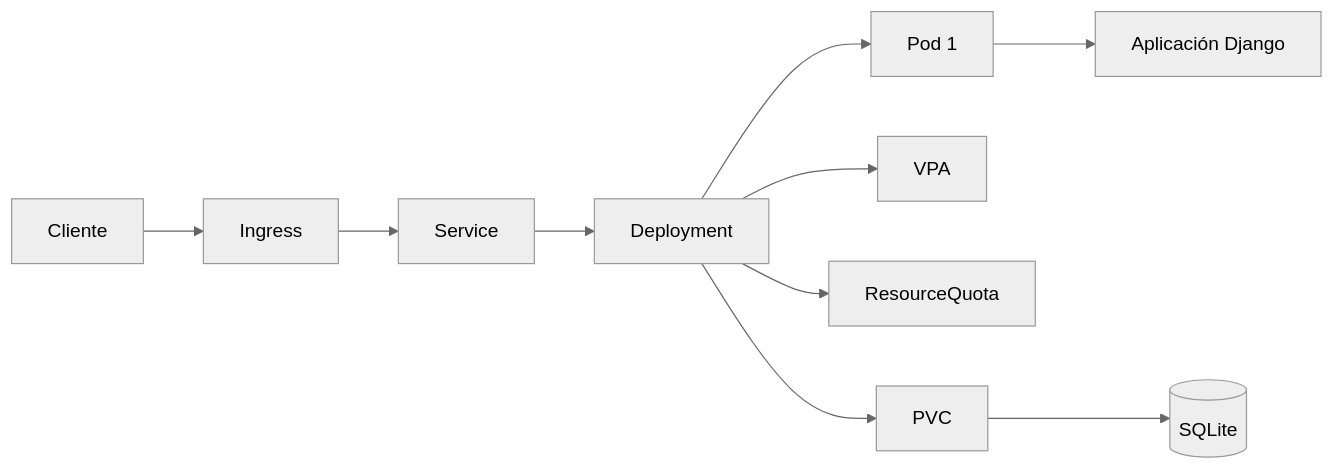
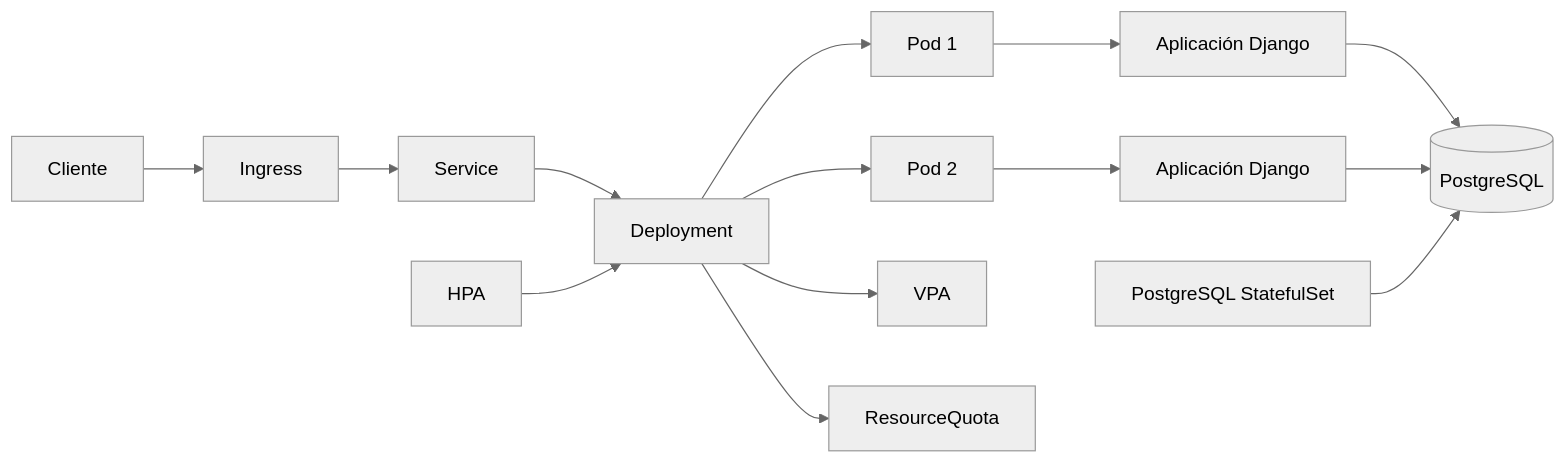
One commit to diego12-ui/demo-devops-python changed the second of 2 diagrams in ARCHITECTURE.md. Above: the diagram before and after it, drawn with Mermaid (neutral theme). The commit also changed other lines of this file and 18 other files, not shown here.

Commit message:
fixed: SQLite changed to PostgreSQL

````diff
--- a/ARCHITECTURE.md
+++ b/ARCHITECTURE.md
@@ -52,12 +53,16 @@
 ```mermaid
 flowchart LR
   Client[Cliente] --> Ingress[Ingress]
   Ingress --> Service[Service]
   Service --> Deployment[Deployment]
+  HPA[HPA] --> Deployment
   Deployment --> PodA[Pod 1]
+  Deployment --> PodB[Pod 2]
   PodA --> AppA[Aplicación Django]
+  PodB --> AppB[Aplicación Django]
   Deployment --> VPA[VPA]
   Deployment --> Quota[ResourceQuota]
-  Deployment --> PVC[PVC]
-  PVC --> DB[(SQLite)]
+  AppA --> DB[(PostgreSQL)]
+  AppB --> DB
+  PG[PostgreSQL StatefulSet] --> DB
 ```
````
